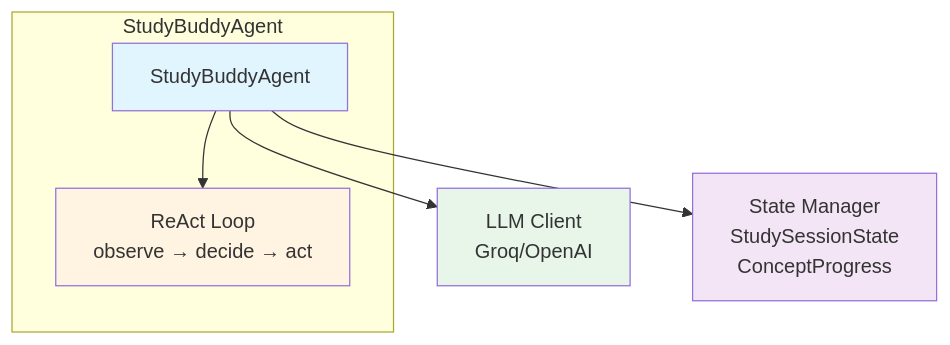
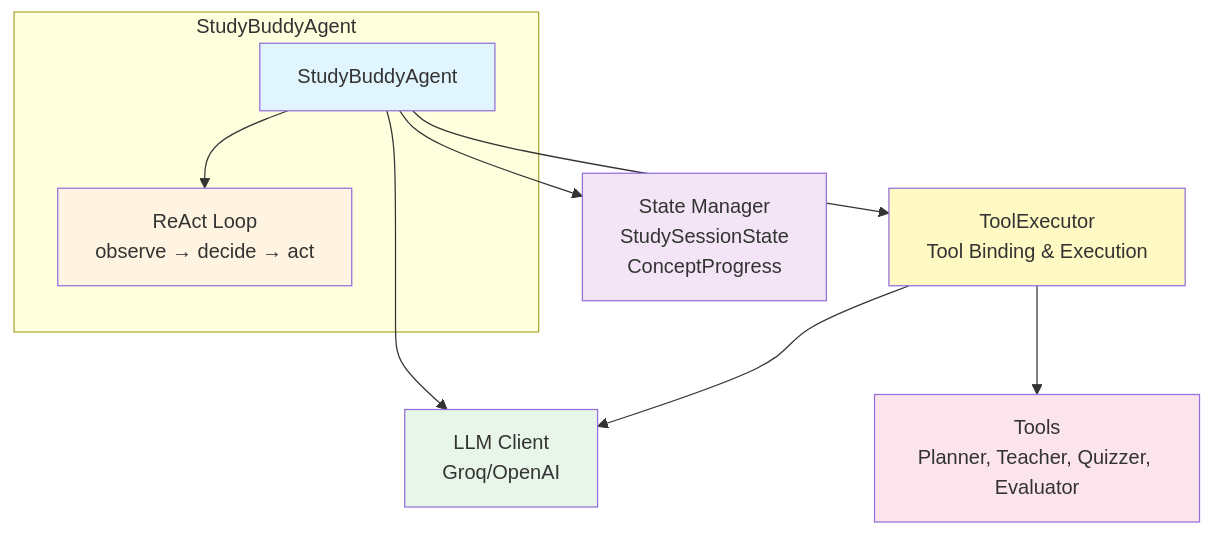
Before and after one commit to ebinzacharias/ez-agentic-study-buddy: the first of 5 diagrams in ARCHITECTURE.md, drawn with Mermaid. The commit also changed other lines of this file, not shown here.

Commit message:
updated architecture

````diff
--- a/ARCHITECTURE.md
+++ b/ARCHITECTURE.md
@@ -5,19 +5,26 @@
 ```mermaid
 graph TB
     subgraph "StudyBuddyAgent"
         Agent[StudyBuddyAgent]
         ReAct[ReAct Loop<br/>observe → decide → act]
         Agent --> ReAct
     end
     
     LLM[LLM Client<br/>Groq/OpenAI]
     State[State Manager<br/>StudySessionState<br/>ConceptProgress]
+    ToolExec[ToolExecutor<br/>Tool Binding & Execution]
+    Tools[Tools<br/>Planner, Teacher, Quizzer, Evaluator]
     
     Agent --> LLM
     Agent --> State
+    Agent --> ToolExec
+    ToolExec --> LLM
+    ToolExec --> Tools
     
     style Agent fill:#e1f5ff
     style ReAct fill:#fff4e1
     style LLM fill:#e8f5e9
     style State fill:#f3e5f5
+    style ToolExec fill:#fff9c4
+    style Tools fill:#fce4ec
 ```
````
